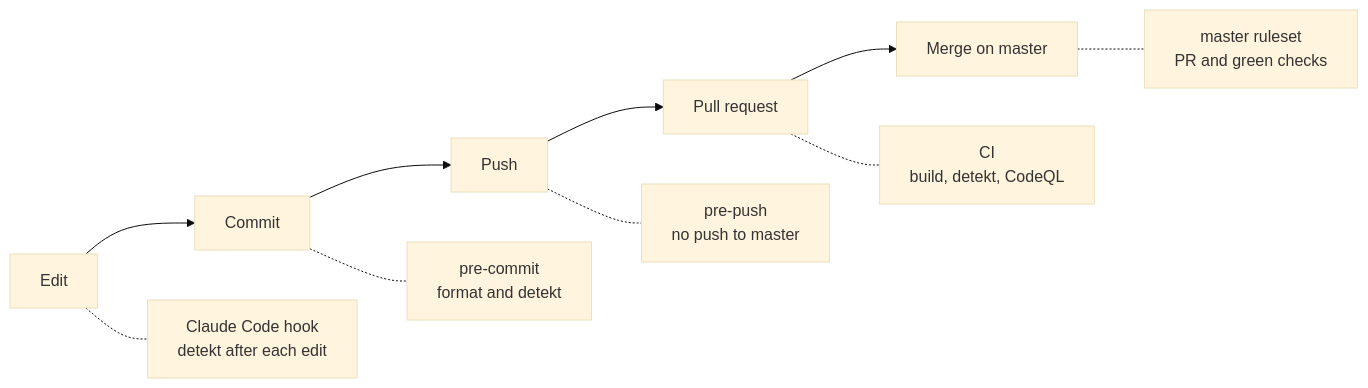
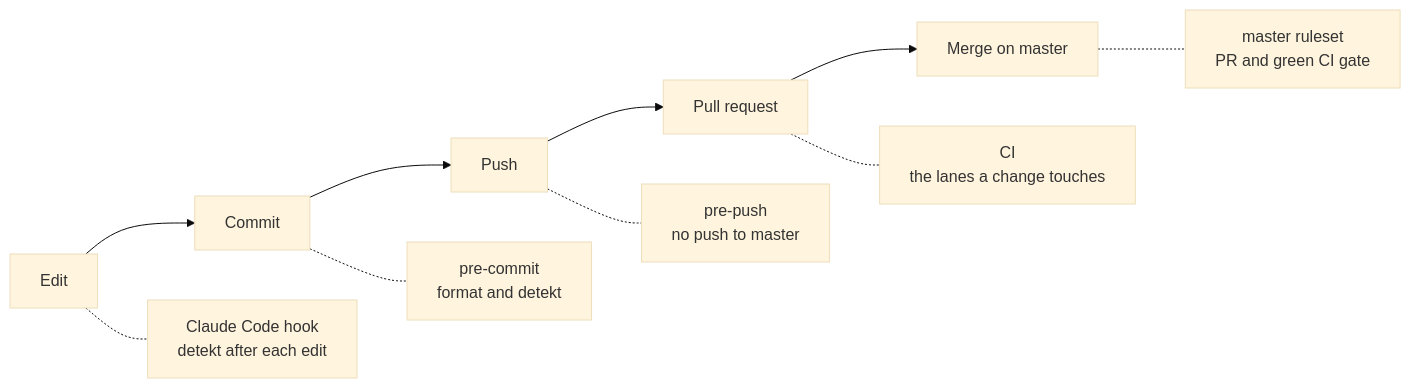
The diagram in docs/src/engineering/harness.md (mboisnard/drinkit), drawn with Mermaid (base theme) before and after one commit. The commit also changed other lines of this file and 2 other files, not shown here.

First line of the commit message:
[DOCS] Describe the CI lanes and the choices behind them (#397)

````diff
--- a/docs/src/engineering/harness.md
+++ b/docs/src/engineering/harness.md
@@ -5,9 +5,9 @@
 ```mermaid
 flowchart LR
   edit[Edit] --> commit[Commit] --> push[Push] --> pr[Pull request] --> merge[Merge on master]
   edit -.- claude[Claude Code hook<br/>detekt after each edit]
   commit -.- precommit[pre-commit<br/>format and detekt]
   push -.- prepush[pre-push<br/>no push to master]
-  pr -.- ci[CI<br/>build, detekt, CodeQL]
-  merge -.- ruleset[master ruleset<br/>PR and green checks]
+  pr -.- ci[CI<br/>the lanes a change touches]
+  merge -.- ruleset[master ruleset<br/>PR and green CI gate]
 ```
````
